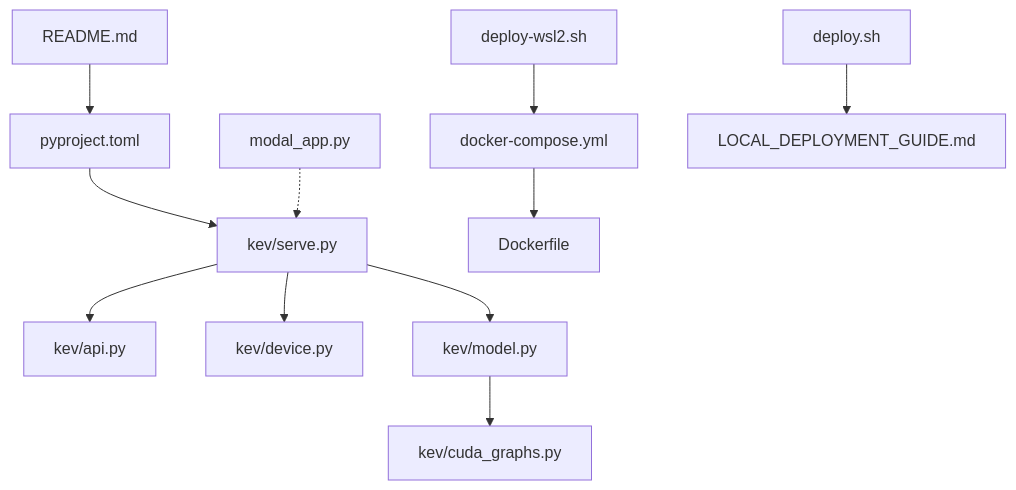
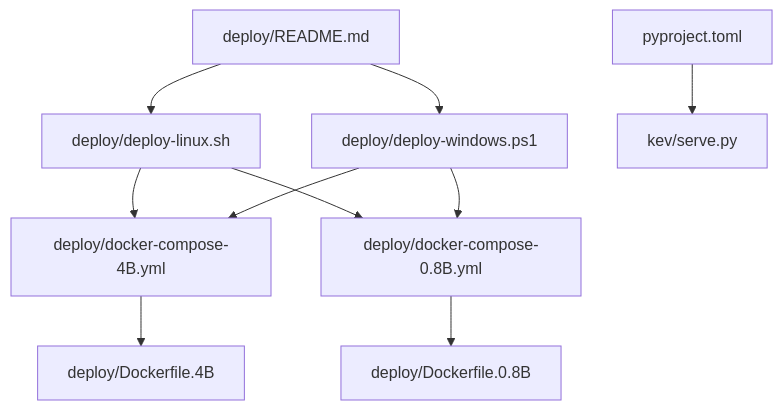
The first of 3 diagrams in .qoder/repowiki/zh/content/部署指南/本地部署.md (joezxh/kev), drawn with Mermaid before and after one commit. The commit also changed other lines of this file and 193 other files, not shown here.

````diff
--- a/.qoder/repowiki/zh/content/部署指南/本地部署.md
+++ b/.qoder/repowiki/zh/content/部署指南/本地部署.md
@@ -52,13 +45,12 @@
 ```mermaid
 graph TB
-A["README.md"] --> B["pyproject.toml"]
-B --> C["kev/serve.py"]
-C --> D["kev/api.py"]
-C --> E["kev/device.py"]
-C --> F["kev/model.py"]
-F --> G["kev/cuda_graphs.py"]
-H["modal_app.py"] -.-> C
-I["deploy-wsl2.sh"] --> J["docker-compose.yml"]
-J --> K["Dockerfile"]
-L["deploy.sh"] --> M["LOCAL_DEPLOYMENT_GUIDE.md"]
+A["deploy/README.md"] --> B["deploy/deploy-linux.sh"]
+A --> C["deploy/deploy-windows.ps1"]
+B --> D["deploy/docker-compose-4B.yml"]
+B --> E["deploy/docker-compose-0.8B.yml"]
+C --> D
+C --> E
+D --> F["deploy/Dockerfile.4B"]
+E --> G["deploy/Dockerfile.0.8B"]
+H["pyproject.toml"] --> I["kev/serve.py"]
 ```
````
